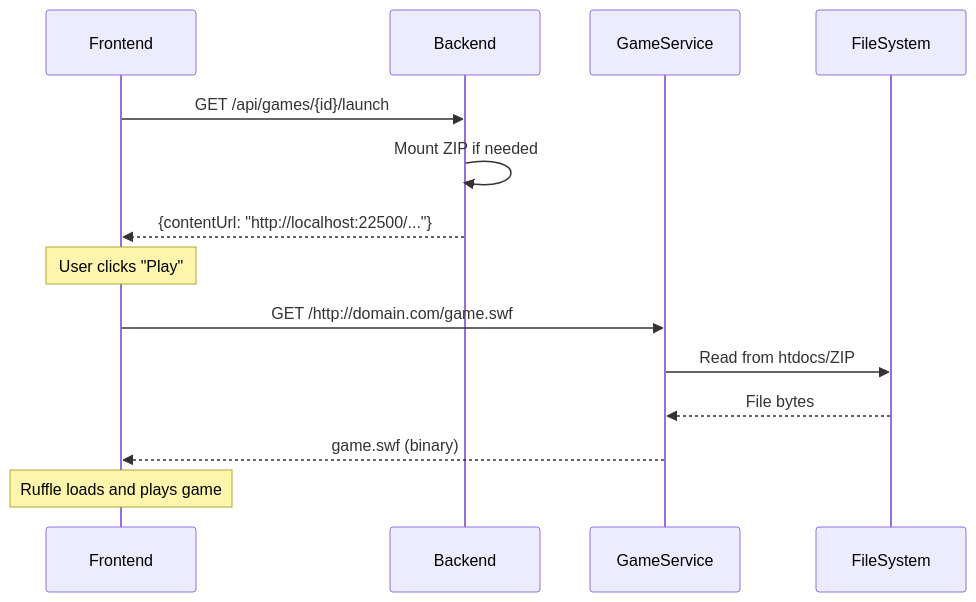
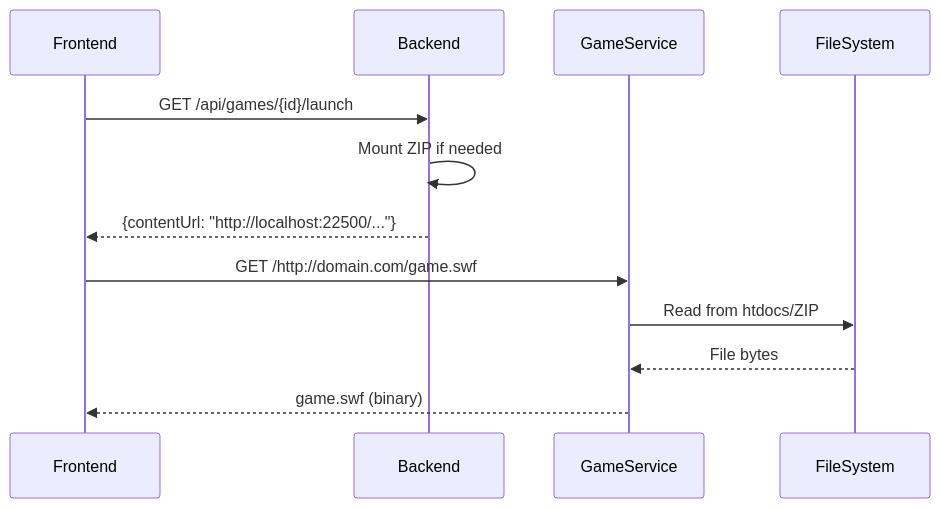
Before and after one commit to darkraise/flashpoint-web: the second of 2 diagrams in docs/02-architecture/service-communication.md, drawn with Mermaid. The commit also changed other lines of this file and 98 other files, not shown here.

````diff
--- a/docs/02-architecture/service-communication.md
+++ b/docs/02-architecture/service-communication.md
@@ -410,20 +151,16 @@
 ```mermaid
 sequenceDiagram
     participant Frontend
     participant Backend
     participant GameService
     participant FileSystem
 
     Frontend->>Backend: GET /api/games/{id}/launch
     Backend->>Backend: Mount ZIP if needed
     Backend-->>Frontend: {contentUrl: "http://localhost:22500/..."}
 
-    Note over Frontend: User clicks "Play"
-
     Frontend->>GameService: GET /http://domain.com/game.swf
     GameService->>FileSystem: Read from htdocs/ZIP
     FileSystem-->>GameService: File bytes
     GameService-->>Frontend: game.swf (binary)
-
-    Note over Frontend: Ruffle loads and plays game
 ```
````
